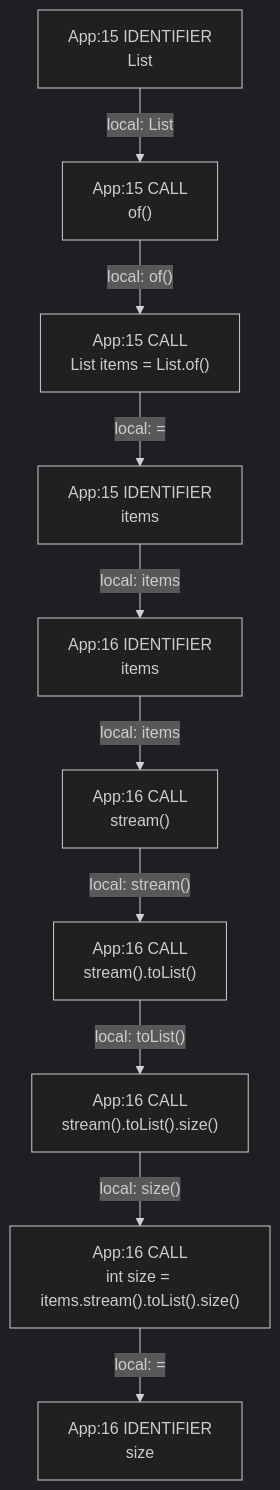
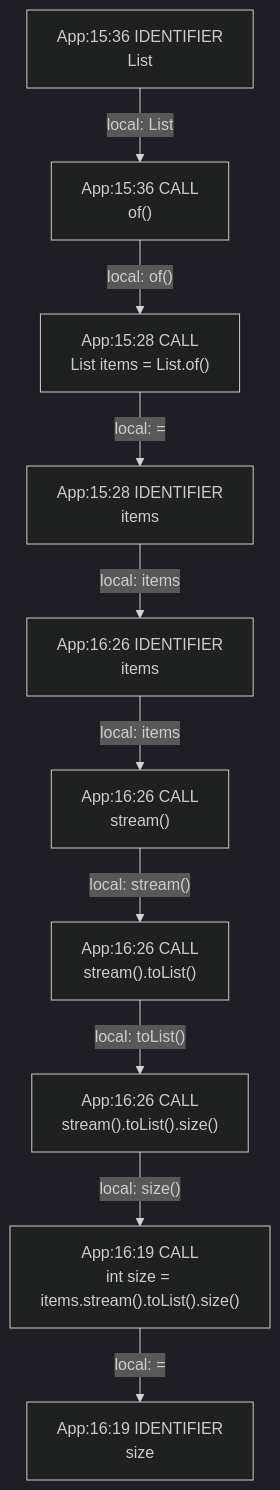
Before and after one commit to gstiebler/codeflow: the diagram in app/src/test/resources/chainedCall/spike-truth.md, drawn with Mermaid (dark theme). The commit also changed 154 other files, not shown here.

````diff
--- a/app/src/test/resources/chainedCall/spike-truth.md
+++ b/app/src/test/resources/chainedCall/spike-truth.md
@@ -3,22 +3,22 @@
 ```mermaid
 flowchart TD
-  n0["App:15 CALL<br/>List items = List.of()"]
-  n1["App:15 CALL<br/>of()"]
-  n2["App:15 IDENTIFIER<br/>List"]
-  n3["App:15 IDENTIFIER<br/>items"]
-  n4["App:16 CALL<br/>int size = items.stream().toList().size()"]
-  n5["App:16 CALL<br/>stream()"]
-  n6["App:16 CALL<br/>stream().toList()"]
-  n7["App:16 CALL<br/>stream().toList().size()"]
-  n8["App:16 IDENTIFIER<br/>items"]
-  n9["App:16 IDENTIFIER<br/>size"]
-  n0 -->|"local: ="| n3
-  n1 -->|"local: of()"| n0
-  n2 -->|"local: List"| n1
-  n3 -->|"local: items"| n8
-  n4 -->|"local: ="| n9
-  n5 -->|"local: stream()"| n6
-  n6 -->|"local: toList()"| n7
-  n7 -->|"local: size()"| n4
-  n8 -->|"local: items"| n5
+  n0["App:15:28 CALL<br/>List items = List.of()"]
+  n1["App:15:28 IDENTIFIER<br/>items"]
+  n2["App:15:36 CALL<br/>of()"]
+  n3["App:15:36 IDENTIFIER<br/>List"]
+  n4["App:16:19 CALL<br/>int size = items.stream().toList().size()"]
+  n5["App:16:19 IDENTIFIER<br/>size"]
+  n6["App:16:26 CALL<br/>stream()"]
+  n7["App:16:26 CALL<br/>stream().toList()"]
+  n8["App:16:26 CALL<br/>stream().toList().size()"]
+  n9["App:16:26 IDENTIFIER<br/>items"]
+  n0 -->|"local: ="| n1
+  n1 -->|"local: items"| n9
+  n2 -->|"local: of()"| n0
+  n3 -->|"local: List"| n2
+  n4 -->|"local: ="| n5
+  n6 -->|"local: stream()"| n7
+  n7 -->|"local: toList()"| n8
+  n8 -->|"local: size()"| n4
+  n9 -->|"local: items"| n6
 ```
````
